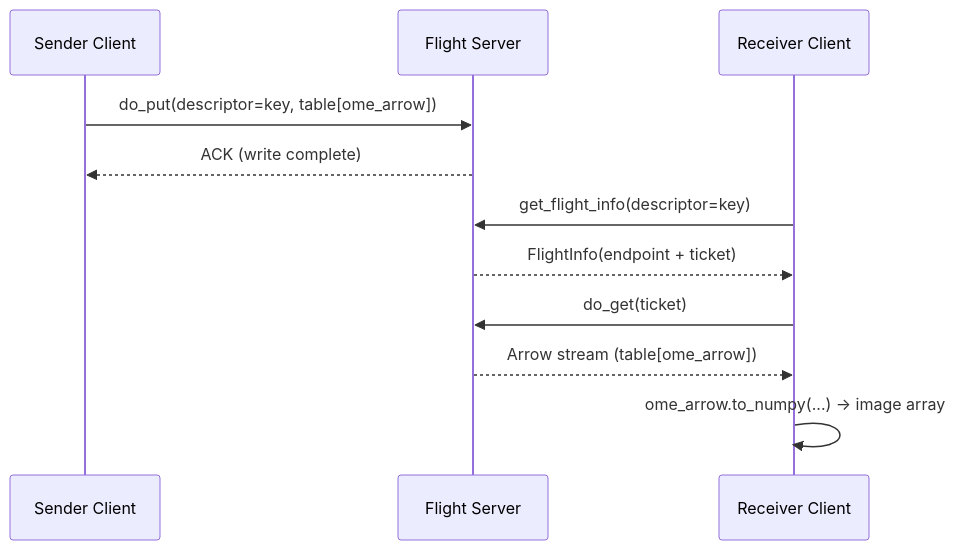
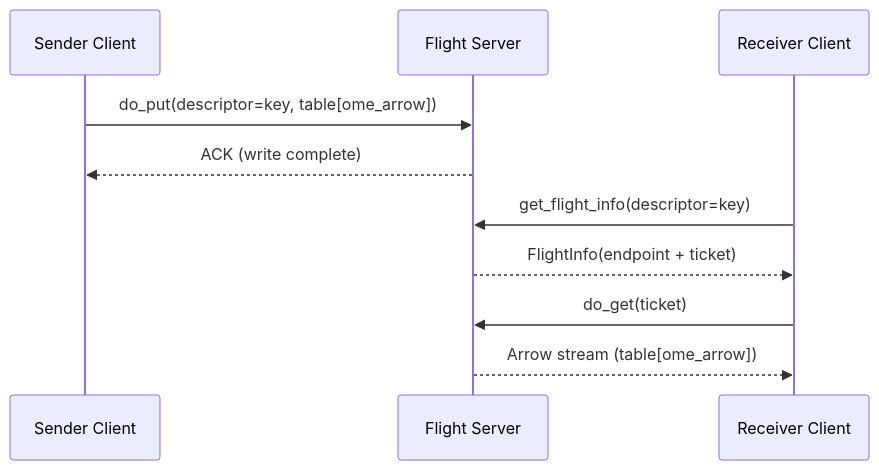
One commit to d33bs/demo-arrow-flight changed the first of 3 diagrams in README.md. Above: the diagram before and after it, drawn with Mermaid. The commit also changed other lines of this file and 28 other files, not shown here.

````diff
--- a/README.md
+++ b/README.md
@@ -14,14 +14,13 @@
 ```mermaid
 sequenceDiagram
     participant S as Sender Client
     participant F as Flight Server
     participant R as Receiver Client
 
     S->>F: do_put(descriptor=key, table[ome_arrow])
     F-->>S: ACK (write complete)
     R->>F: get_flight_info(descriptor=key)
     F-->>R: FlightInfo(endpoint + ticket)
     R->>F: do_get(ticket)
     F-->>R: Arrow stream (table[ome_arrow])
-    R->>R: ome_arrow.to_numpy(...) -> image array
 ```
````
